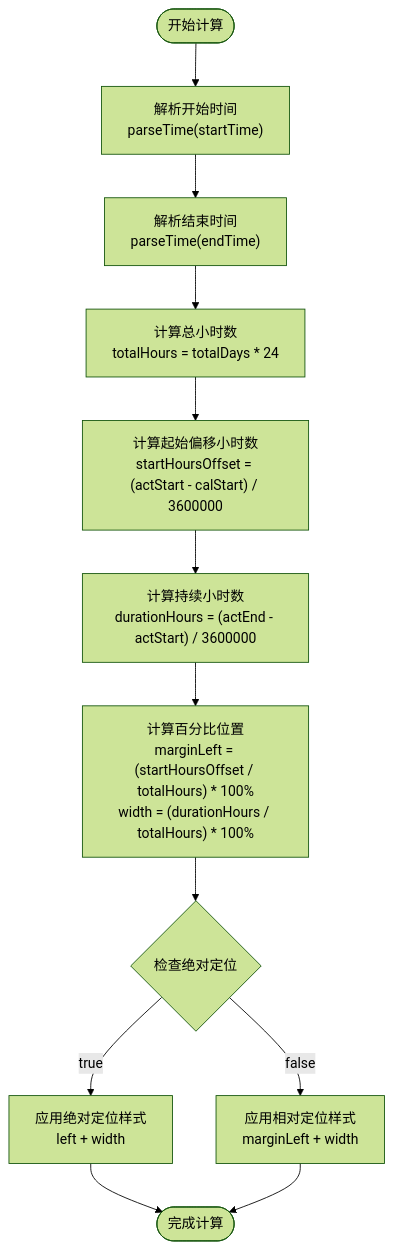
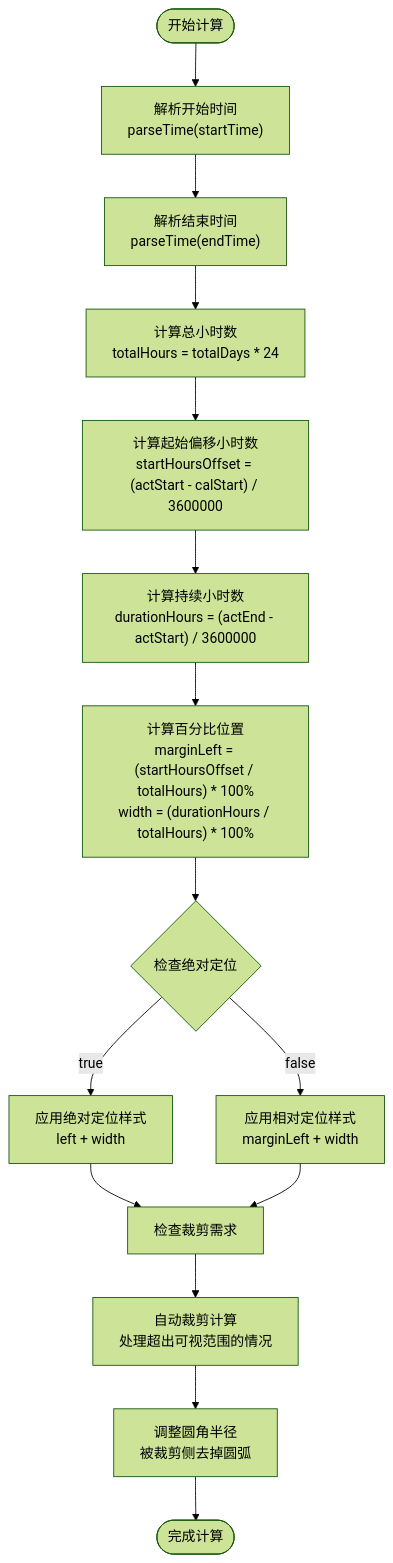
One commit to xuanyulingnfeg/gameCalendar changed the third of 10 diagrams in .qoder/repowiki/zh/content/核心组件/ActivityBar 活动条目组件.md. Above: the diagram before and after it, drawn with Mermaid (forest theme). The commit also changed other lines of this file and 4 other files, not shown here.

````diff
--- a/.qoder/repowiki/zh/content/核心组件/ActivityBar 活动条目组件.md
+++ b/.qoder/repowiki/zh/content/核心组件/ActivityBar 活动条目组件.md
@@ -170,14 +176,17 @@
 ```mermaid
 flowchart TD
 Start([开始计算]) --> ParseStart["解析开始时间<br/>parseTime(startTime)"]
 ParseStart --> ParseEnd["解析结束时间<br/>parseTime(endTime)"]
 ParseEnd --> CalcTotalHours["计算总小时数<br/>totalHours = totalDays * 24"]
 CalcTotalHours --> CalcOffset["计算起始偏移小时数<br/>startHoursOffset = (actStart - calStart) / 3600000"]
 CalcOffset --> CalcDuration["计算持续小时数<br/>durationHours = (actEnd - actStart) / 3600000"]
 CalcDuration --> CalcPercent["计算百分比位置<br/>marginLeft = (startHoursOffset / totalHours) * 100%<br/>width = (durationHours / totalHours) * 100%"]
 CalcPercent --> CheckAbsolute{"检查绝对定位"}
 CheckAbsolute --> |true| ApplyAbsolute["应用绝对定位样式<br/>left + width"]
 CheckAbsolute --> |false| ApplyRelative["应用相对定位样式<br/>marginLeft + width"]
-ApplyAbsolute --> End([完成计算])
-ApplyRelative --> End
+ApplyAbsolute --> CheckClipped["检查裁剪需求"]
+ApplyRelative --> CheckClipped
+CheckClipped --> ClipCalc["自动裁剪计算<br/>处理超出可视范围的情况"]
+ClipCalc --> AdjustRadius["调整圆角半径<br/>被裁剪侧去掉圆弧"]
+AdjustRadius --> End([完成计算])
 ```
````
